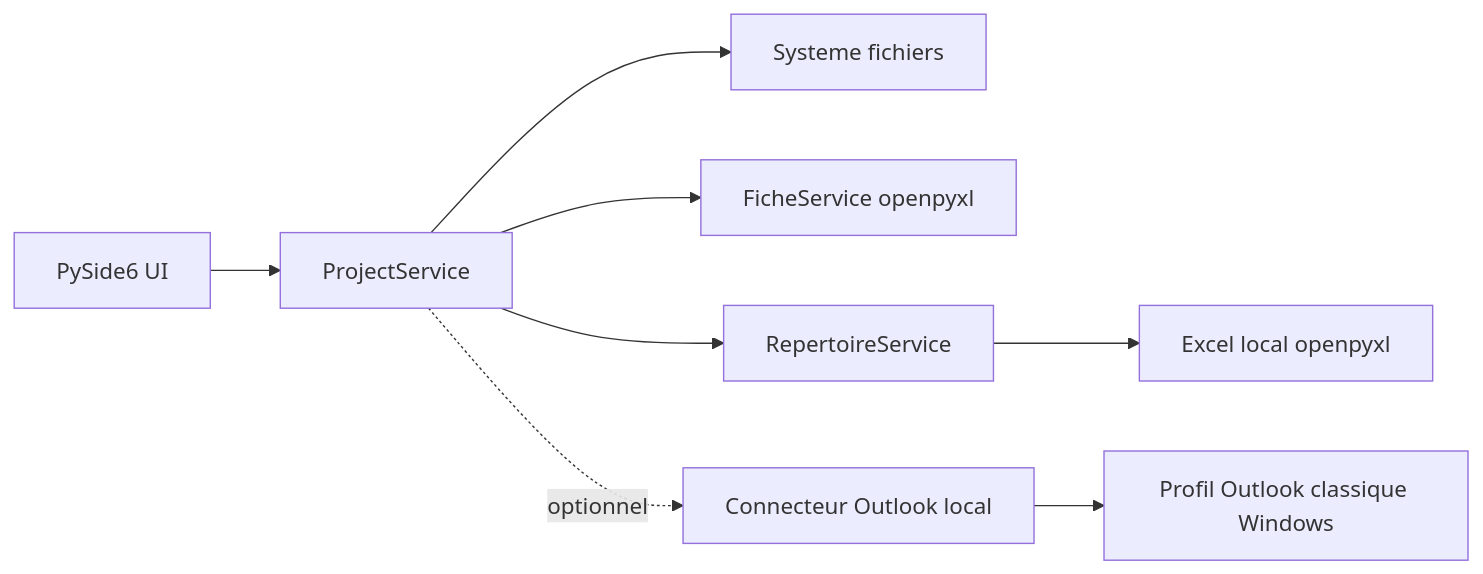
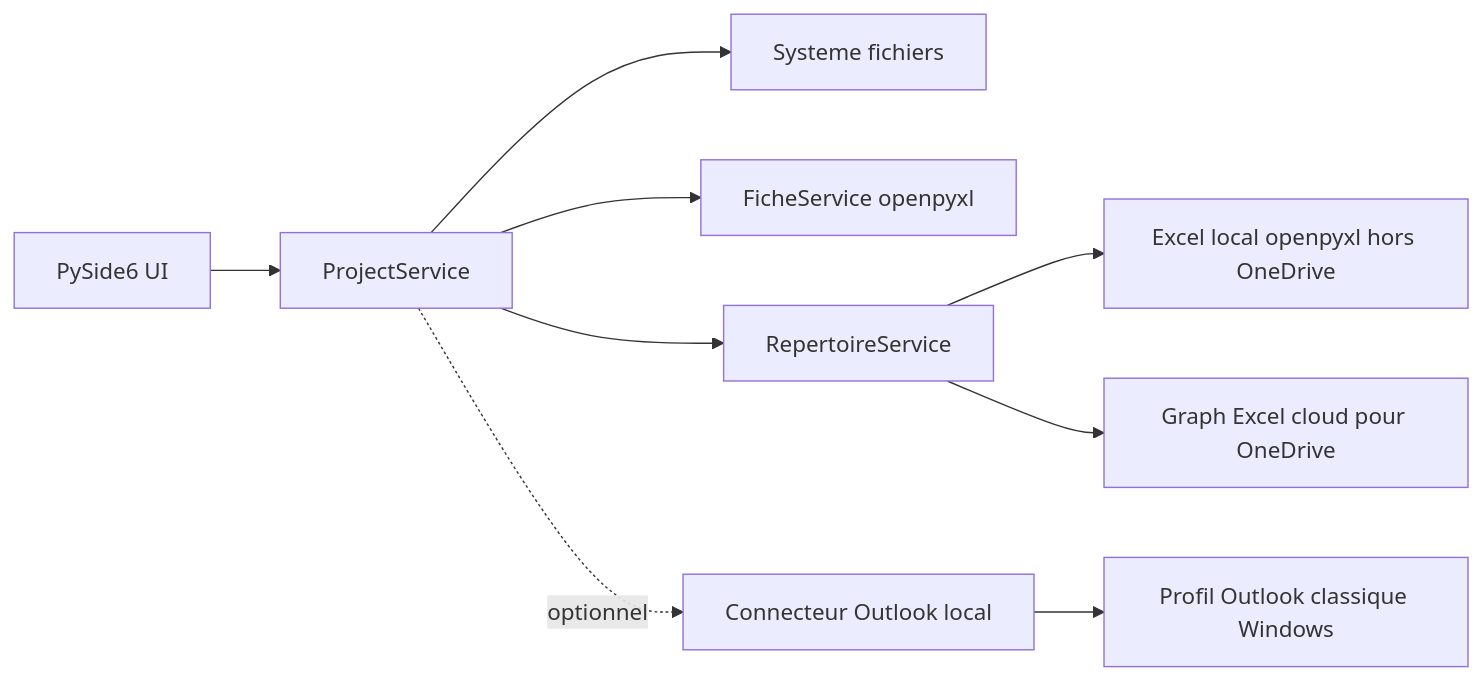
The first of 4 diagrams in docs/architecture.md (LionelMds/projectflow-automator), drawn with Mermaid before and after one commit. The commit also changed other lines of this file and 35 other files, not shown here.

````diff
--- a/docs/architecture.md
+++ b/docs/architecture.md
@@ -5,10 +5,11 @@
 ```mermaid
 flowchart LR
   UI["PySide6 UI"] --> Service["ProjectService"]
   Service --> FS["Systeme fichiers"]
   Service --> Fiche["FicheService openpyxl"]
   Service --> Repertoire["RepertoireService"]
-  Repertoire --> Excel["Excel local openpyxl"]
+  Repertoire --> LocalExcel["Excel local openpyxl hors OneDrive"]
+  Repertoire --> GraphExcel["Graph Excel cloud pour OneDrive"]
   Service -. optionnel .-> Outlook["Connecteur Outlook local"]
   Outlook --> WinOutlook["Profil Outlook classique Windows"]
 ```
````
